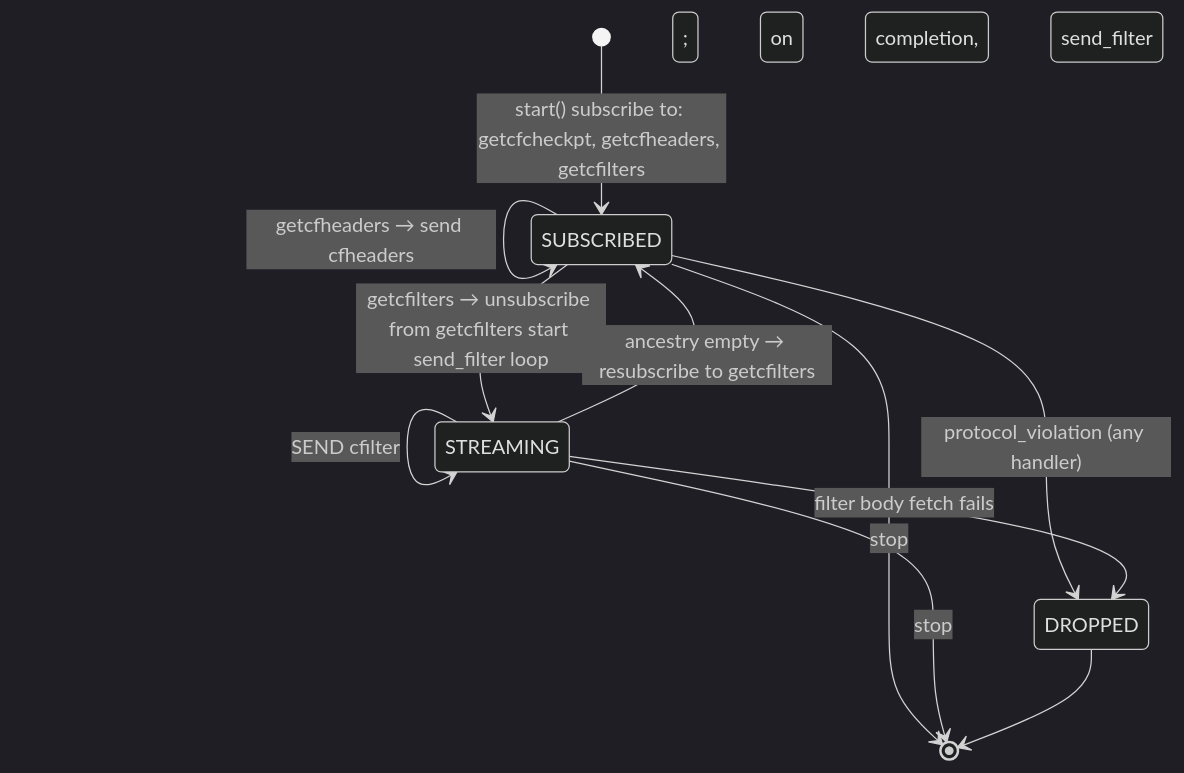
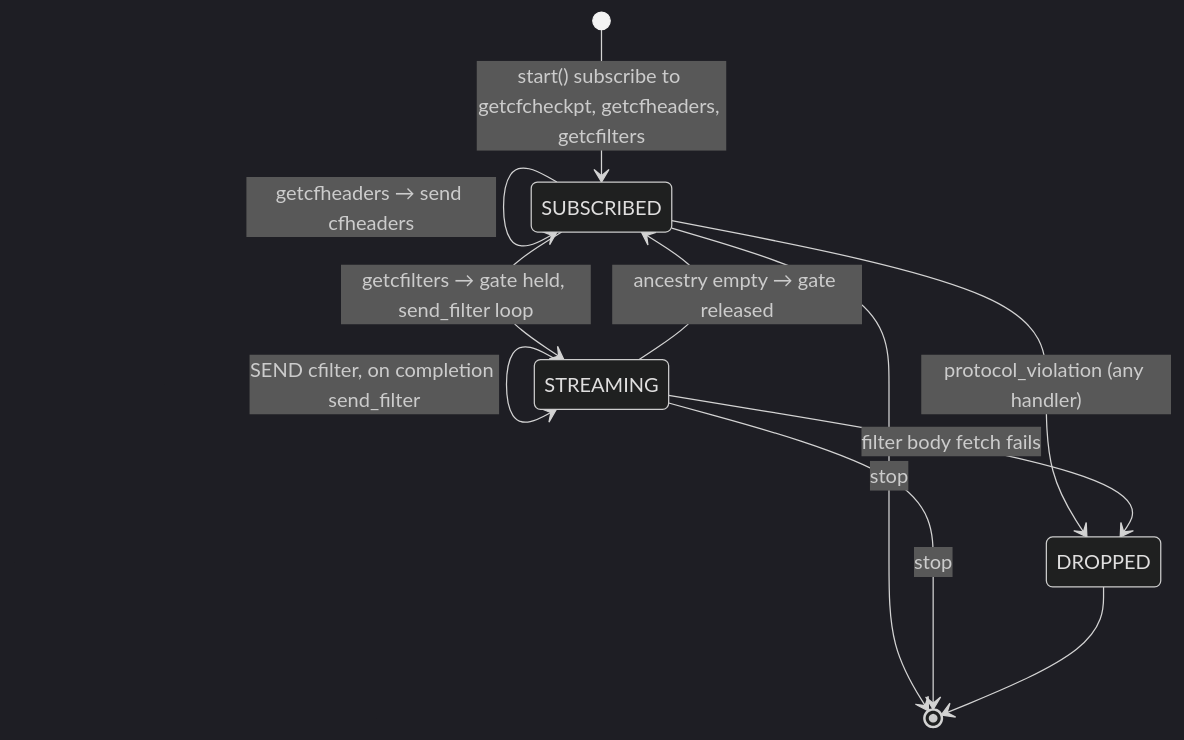
Before and after one commit to libbitcoin/libbitcoin.github.io: the diagram in architecture/md/09-filter-out-70015.md, drawn with Mermaid (dark theme). The commit also changed other lines of this file and 31 other files, not shown here.

Commit message:
Add the node architecture pages.

````diff
--- a/architecture/md/09-filter-out-70015.md
+++ b/architecture/md/09-filter-out-70015.md
@@ -303,18 +185,18 @@
 ```mermaid
 stateDiagram-v2
-    [*] --> SUBSCRIBED: start() subscribe to: getcfcheckpt, getcfheaders, getcfilters
+    [*] --> SUBSCRIBED: start() subscribe to getcfcheckpt, getcfheaders, getcfilters
 
     SUBSCRIBED --> SUBSCRIBED: getcfcheckpt → send cfcheckpt
     SUBSCRIBED --> SUBSCRIBED: getcfheaders → send cfheaders
-    SUBSCRIBED --> STREAMING: getcfilters → unsubscribe from getcfilters start send_filter loop
+    SUBSCRIBED --> STREAMING: getcfilters → gate held, send_filter loop
 
-    STREAMING --> STREAMING: SEND cfilter; on completion, send_filter
-    STREAMING --> SUBSCRIBED: ancestry empty → resubscribe to getcfilters
+    STREAMING --> STREAMING: SEND cfilter, on completion send_filter
+    STREAMING --> SUBSCRIBED: ancestry empty → gate released
 
     SUBSCRIBED --> DROPPED: protocol_violation (any handler)
     STREAMING --> DROPPED: filter body fetch fails
 
     SUBSCRIBED --> [*]: stop
     STREAMING --> [*]: stop
     DROPPED --> [*]
 ```
````
